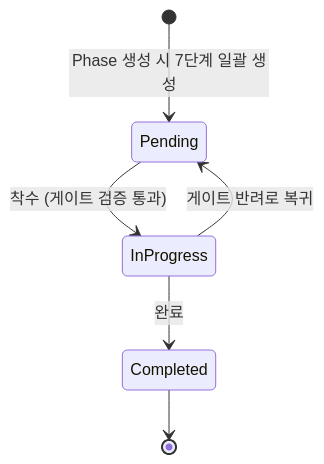
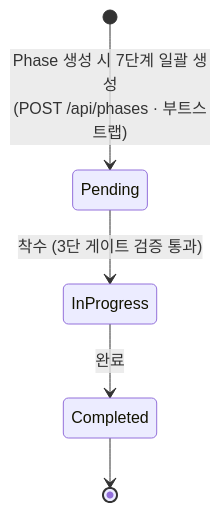
The sixth of 6 diagrams in docs/design/ui/des-007-state-flow.md (AI-Agent-Jeon/ClaudeManager-v2), drawn with Mermaid before and after one commit. The commit also changed other lines of this file and 10 other files, not shown here.

````diff
--- a/docs/design/ui/des-007-state-flow.md
+++ b/docs/design/ui/des-007-state-flow.md
@@ -258,8 +271,7 @@
 ```mermaid
 stateDiagram-v2
-    [*] --> Pending : Phase 생성 시 7단계 일괄 생성
-    Pending --> InProgress : 착수 (게이트 검증 통과)
+    [*] --> Pending : Phase 생성 시 7단계 일괄 생성<br>(POST /api/phases · 부트스트랩)
+    Pending --> InProgress : 착수 (3단 게이트 검증 통과)
     InProgress --> Completed : 완료
-    InProgress --> Pending : 게이트 반려로 복귀
     Completed --> [*]
 ```
````
